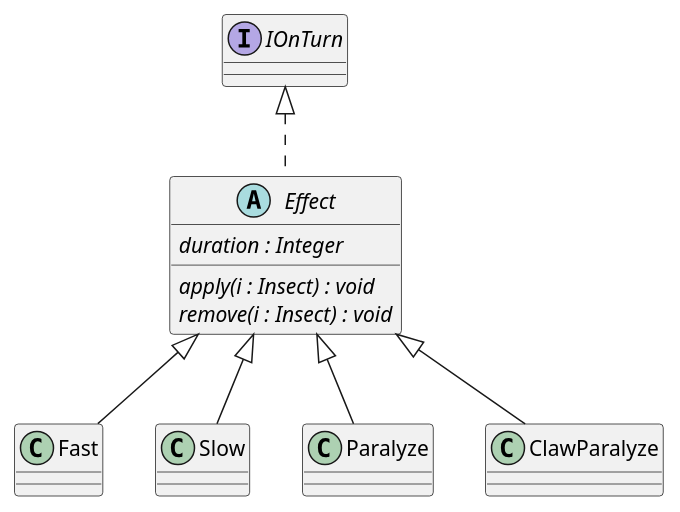
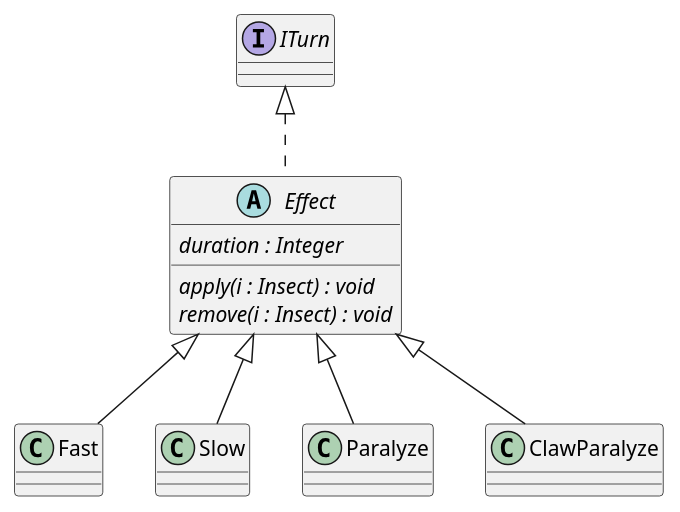
The diagram in 5/classes/insect/effect.puml (Petya-G/fungorium), drawn with PlantUML before and after one commit. The commit also changed 2 other files, not shown here.

```diff
--- a/5/classes/insect/effect.puml
+++ b/5/classes/insect/effect.puml
@@ -1,14 +1,14 @@
 @startuml spore
 
-abstract class Effect implements IOnTurn{
+abstract class Effect implements ITurn{
     {abstract} duration : Integer
     {abstract} apply(i : Insect) : void
     {abstract} remove(i : Insect) : void
 }
 
 class Fast extends Effect {}
 class Slow extends Effect {}
 class Paralyze extends Effect {}
 class ClawParalyze extends Effect {}
 
 @enduml
```
